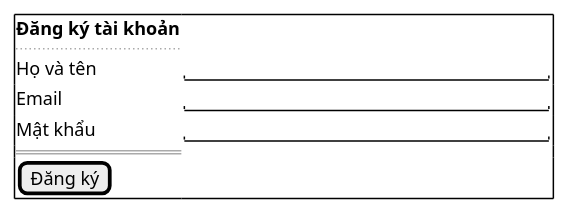
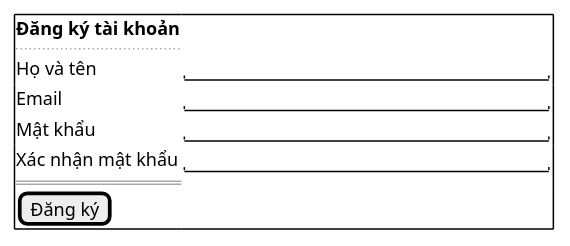
One commit to Phunguy65/train-ticket-booking-system-plus changed the seventh of 7 diagrams in docs/usecases/UC-01-dang-ky-tai-khoan.md. Above: the diagram before and after it, drawn with PlantUML. The commit also changed other lines of this file and 14 other files, not shown here.

````diff
--- a/docs/usecases/UC-01-dang-ky-tai-khoan.md
+++ b/docs/usecases/UC-01-dang-ky-tai-khoan.md
@@ -220,13 +255,14 @@
 ```plantuml
 @startsalt
 {+
   <b>Đăng ký tài khoản
   ..
-  Họ và tên  | "                              "
-  Email      | "                              "
-  Mật khẩu   | "                              "
+  Họ và tên          | "                              "
+  Email              | "                              "
+  Mật khẩu           | "                              "
+  Xác nhận mật khẩu  | "                              "
   ==
   [Đăng ký]
 }
 @endsalt
 ```
````
